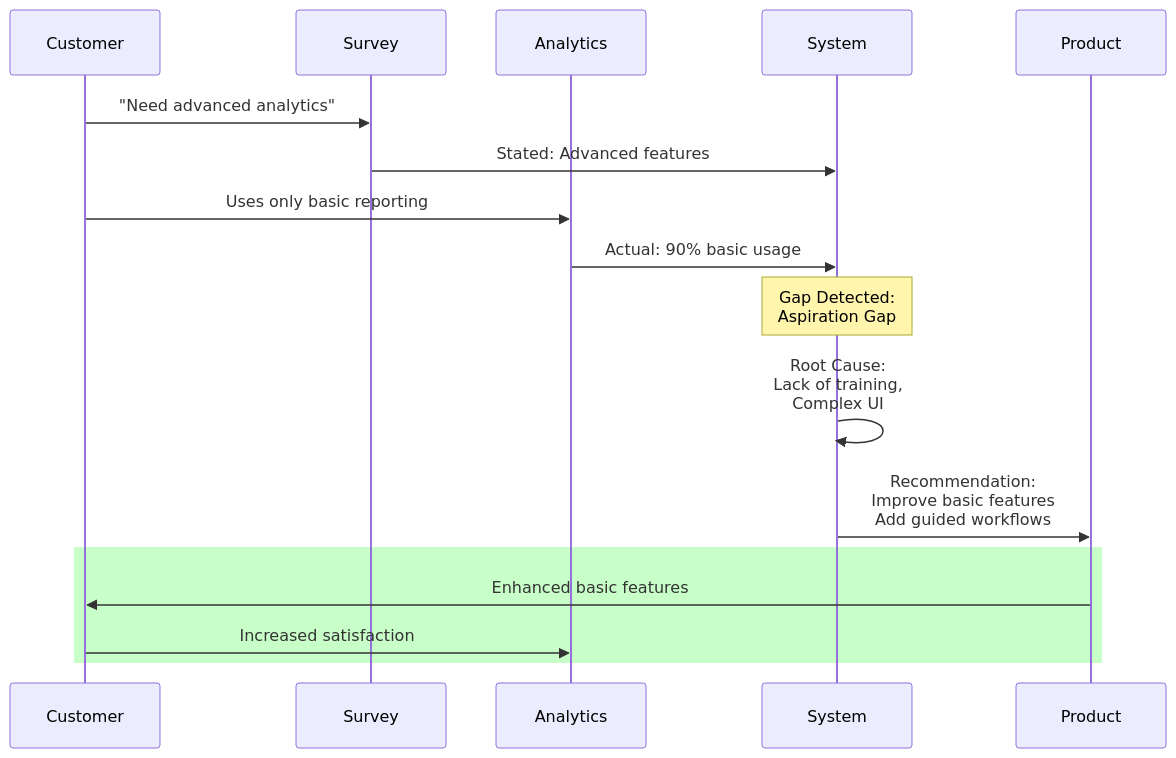
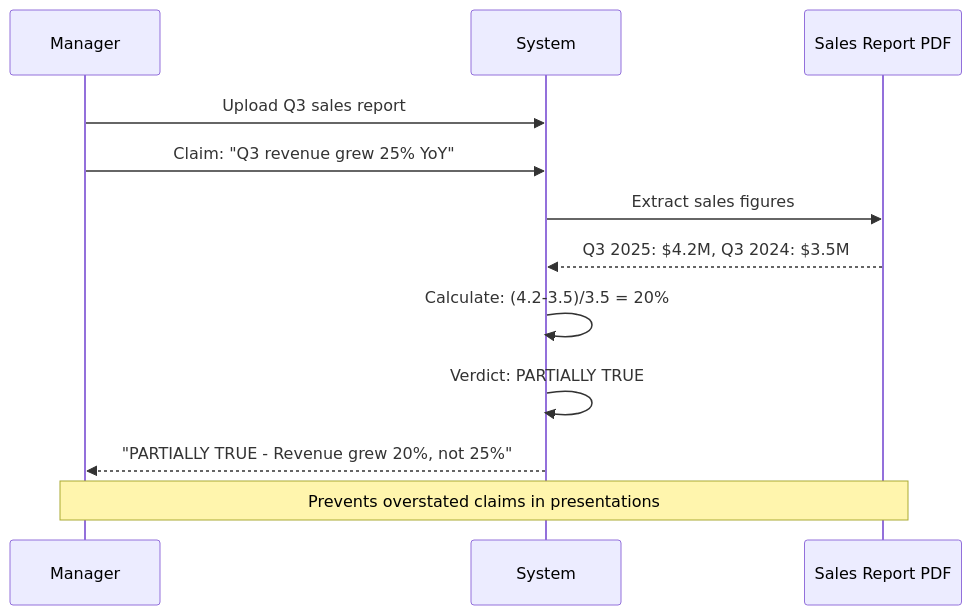
One commit to Krish-Om/contradiction-detection-system changed diagram 13 of 20 in docs/01_conceptual_framework.md. Above: the diagram before and after it, drawn with Mermaid. The commit also changed other lines of this file and 5 other files, not shown here.

````diff
--- a/docs/01_conceptual_framework.md
+++ b/docs/01_conceptual_framework.md
@@ -492,23 +411,19 @@
 ```mermaid
 sequenceDiagram
-    participant Customer
-    participant Survey
-    participant Analytics
+    participant Manager
     participant System
-    
-    Customer->>Survey: "Need advanced analytics"
-    Survey->>System: Stated: Advanced features
-    Customer->>Analytics: Uses only basic reporting
-    Analytics->>System: Actual: 90% basic usage
-    
-    Note over System: Gap Detected:<br/>Aspiration Gap
-    
-    System->>System: Root Cause:<br/>Lack of training,<br/>Complex UI
-    
-    System->>Product: Recommendation:<br/>Improve basic features<br/>Add guided workflows
-    
-    rect rgb(200, 255, 200)
-        Product->>Customer: Enhanced basic features
-        Customer->>Analytics: Increased satisfaction
-    end
+    participant Report as Sales Report PDF
+
+    Manager->>System: Upload Q3 sales report
+    Manager->>System: Claim: "Q3 revenue grew 25% YoY"
+
+    System->>Report: Extract sales figures
+    Report-->>System: Q3 2025: $4.2M, Q3 2024: $3.5M
+
+    System->>System: Calculate: (4.2-3.5)/3.5 = 20%
+    System->>System: Verdict: PARTIALLY TRUE
+
+    System-->>Manager: "PARTIALLY TRUE - Revenue grew 20%, not 25%"
+
+    Note over Manager,Report: Prevents overstated claims in presentations
 ```
````
